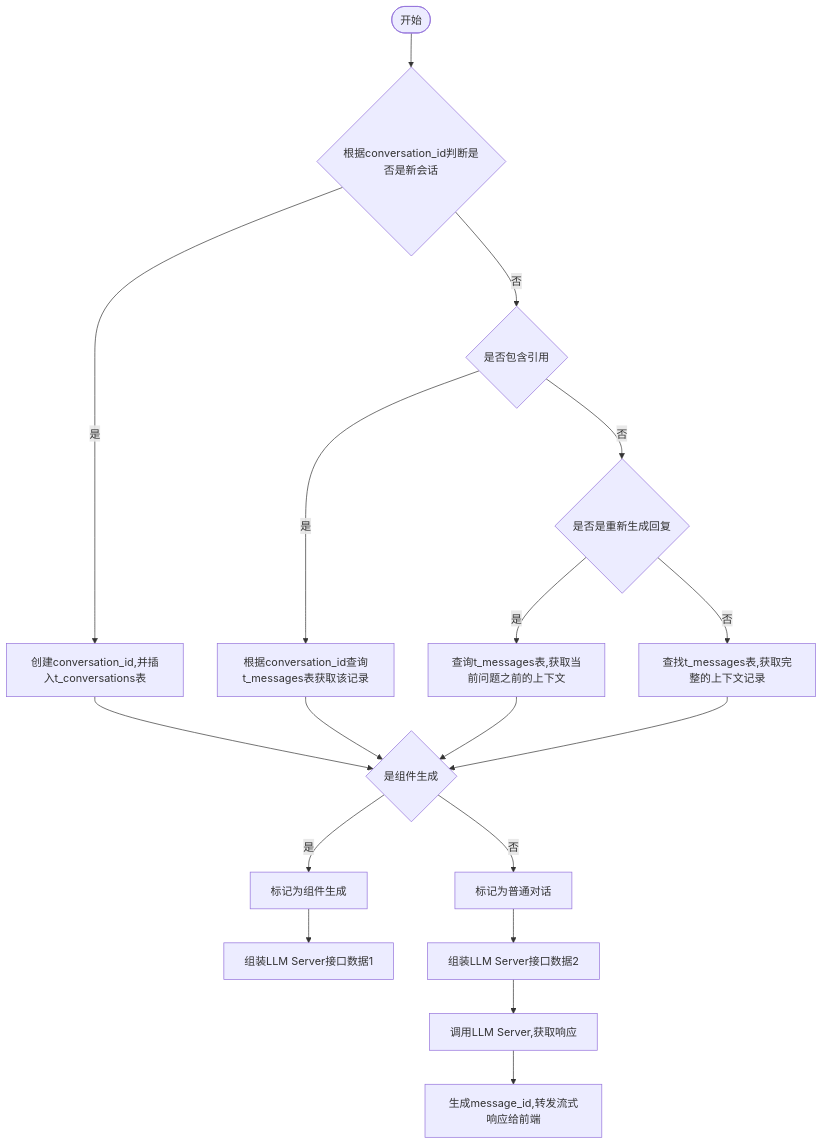
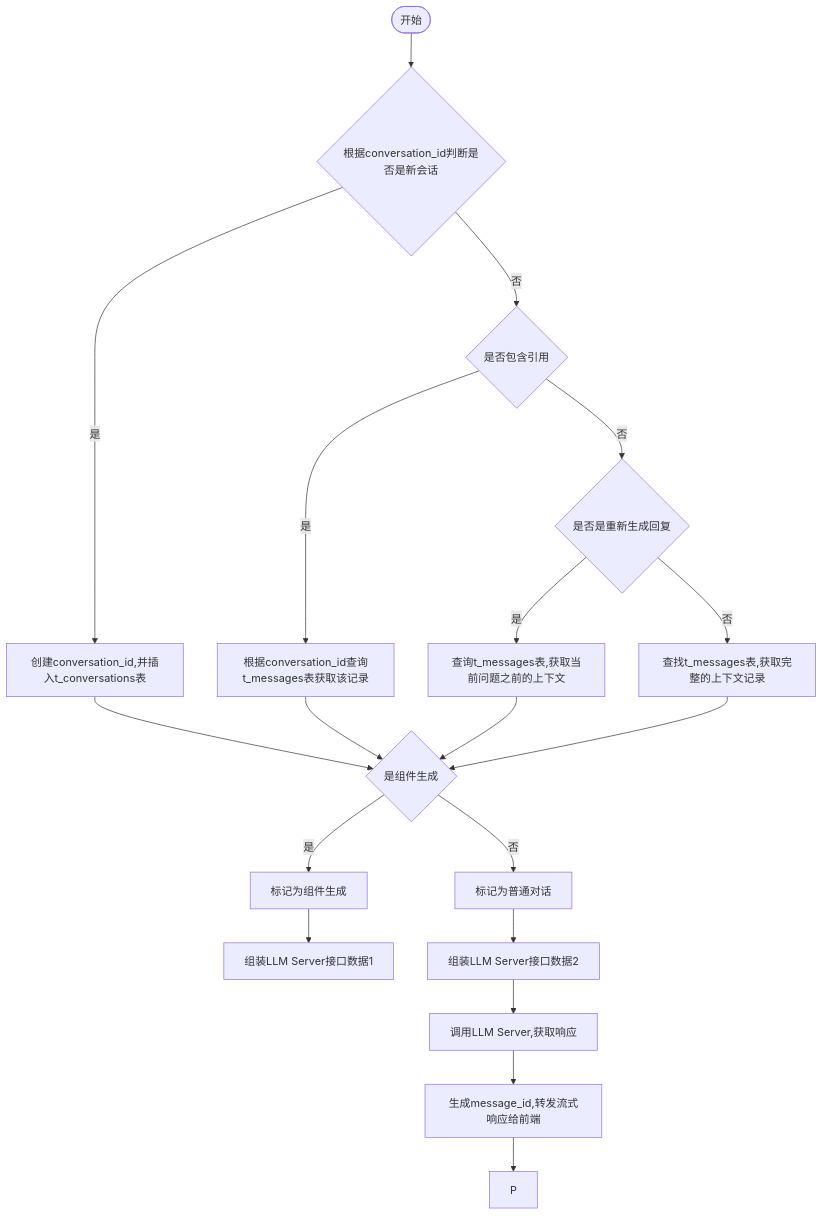
The diagram in all/未命名-7.md (yingjianzh/iodraw-files), drawn with Mermaid before and after one commit.

Commit message:
2024-10-12 14:31:45 update

````diff
--- a/all/未命名-7.md
+++ b/all/未命名-7.md
@@ -1,21 +1,21 @@
 ```mermaid
 flowchart TD
     A([开始]) --> B{根据conversation_id判断是否是新会话}
     B -- 是 --> C[创建conversation_id,并插入t_conversations表]
     B -- 否 --> D{是否包含引用}
     D -- 是 --> E[根据conversation_id查询t_messages表获取该记录]
     D -- 否 --> F{是否是重新生成回复}
     F -- 是 --> G[查询t_messages表,获取当前问题之前的上下文]
     F -- 否 --> H[查找t_messages表,获取完整的上下文记录]
      
     C & E & G & H --> I{是组件生成}
     I -- 是 --> J[标记为组件生成]
     I -- 否 --> K[标记为普通对话]
 
     J --> L[组装LLM Server接口数据1]    
     K --> M[组装LLM Server接口数据2]    
     M --> N[调用LLM Server,获取响应]    
     N --> O[生成message_id,转发流式响应给前端]
-    
+    O --> P
 
 ```
````
